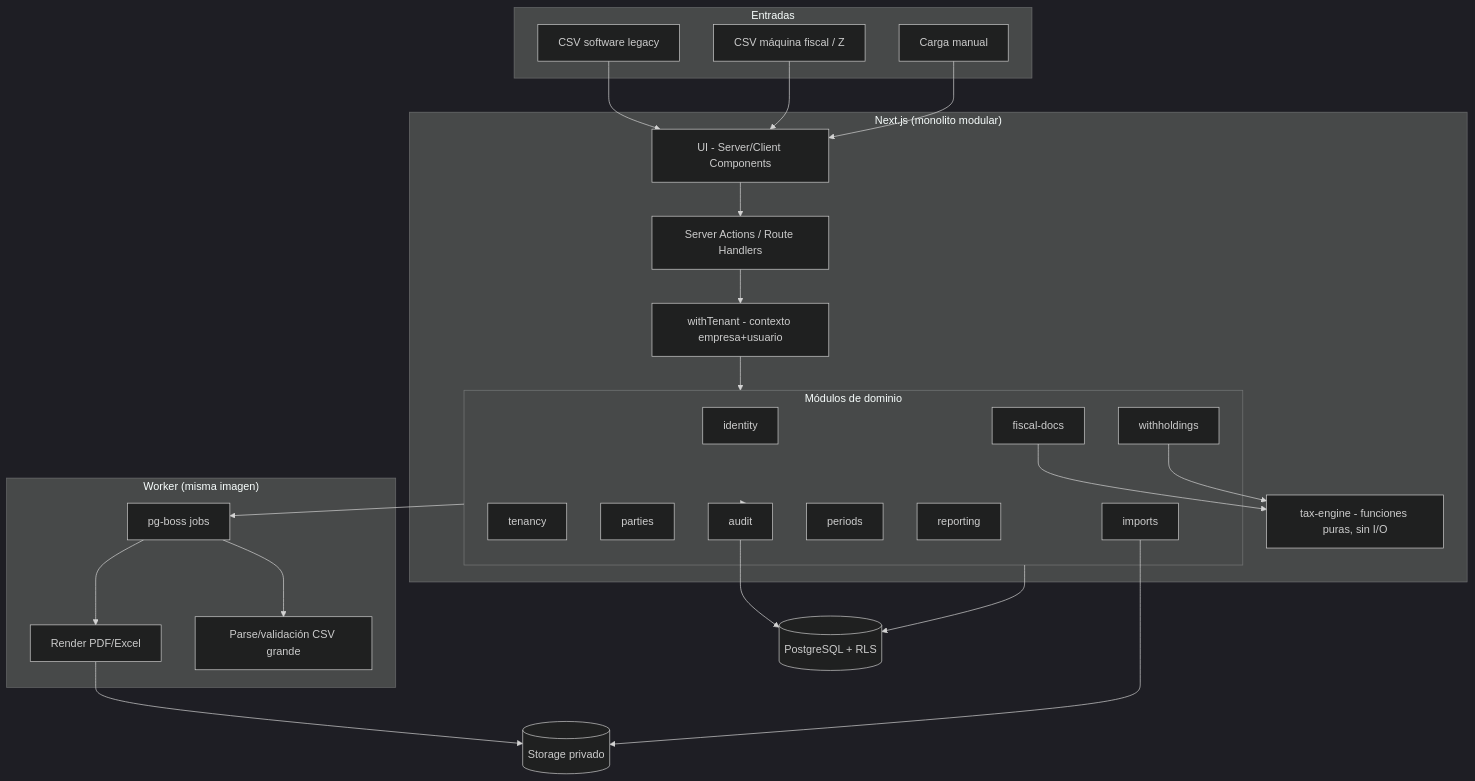
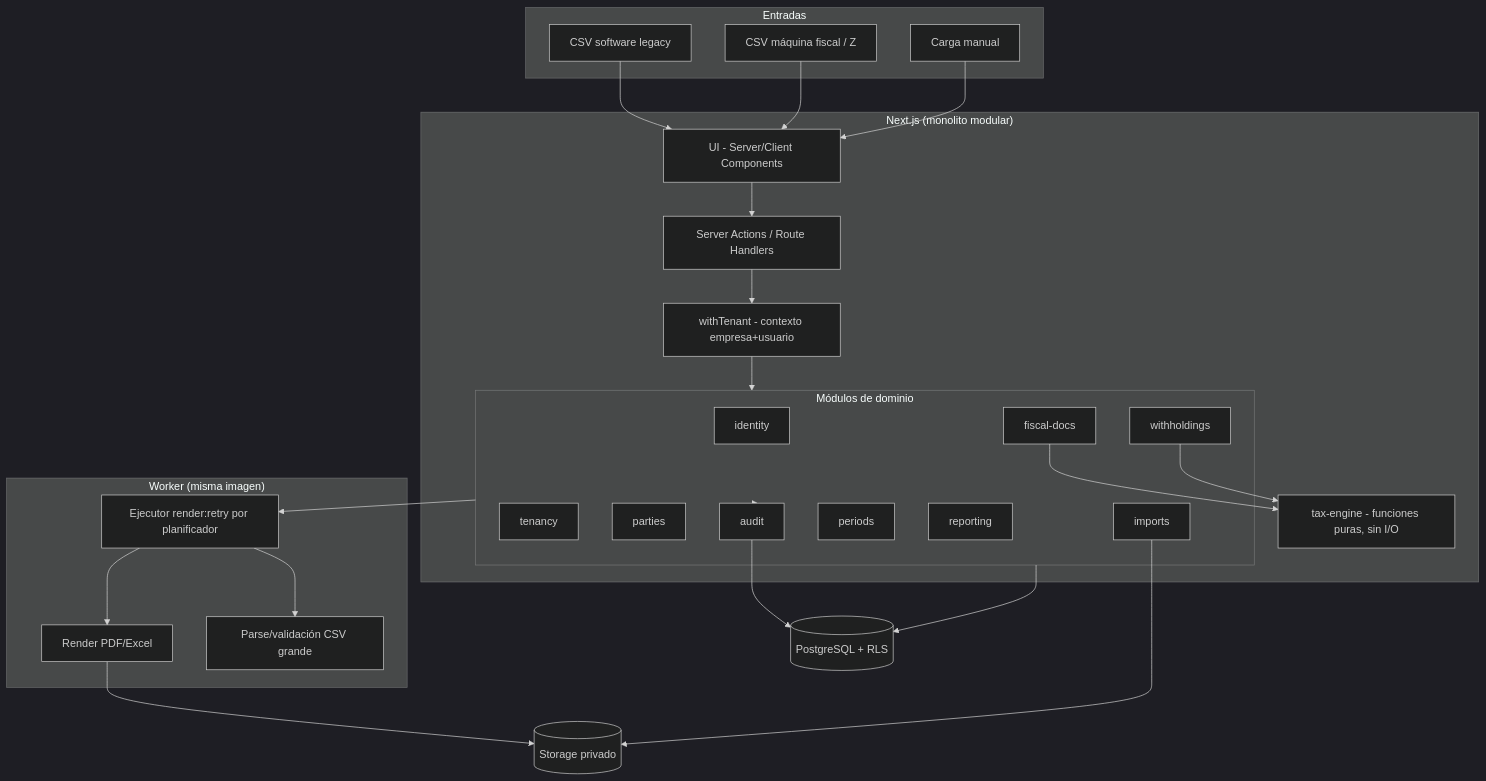
Before and after one commit to noemdb/erp: the diagram in docs/ARCHITECTURE.md, drawn with Mermaid (dark theme). The commit also changed other lines of this file and 39 other files, not shown here.

````diff
--- a/docs/ARCHITECTURE.md
+++ b/docs/ARCHITECTURE.md
@@ -38,49 +38,49 @@
 ```mermaid
 graph TD
     subgraph Entradas
         L[CSV software legacy]
         F[CSV máquina fiscal / Z]
         M[Carga manual]
     end
 
     subgraph App["Next.js (monolito modular)"]
         UI[UI - Server/Client Components]
         ACT[Server Actions / Route Handlers]
         T[withTenant - contexto empresa+usuario]
         subgraph Modulos[Módulos de dominio]
             ID[identity]
             TN[tenancy]
             PT[parties]
             FD[fiscal-docs]
             IM[imports]
             WH[withholdings]
             PE[periods]
             RP[reporting]
             AU[audit]
         end
         TE[tax-engine - funciones puras, sin I/O]
     end
 
     subgraph Worker["Worker (misma imagen)"]
-        Q[pg-boss jobs]
+        Q[Ejecutor render:retry por planificador]
         PDF[Render PDF/Excel]
         PARSE[Parse/validación CSV grande]
     end
 
     DB[(PostgreSQL + RLS)]
     FS[(Storage privado)]
 
     L --> UI
     F --> UI
     M --> UI
     UI --> ACT --> T --> Modulos
     FD --> TE
     WH --> TE
     Modulos --> DB
     Modulos --> Q
     Q --> PARSE
     Q --> PDF
     PDF --> FS
     IM --> FS
     Modulos --> AU --> DB
 ```
````
